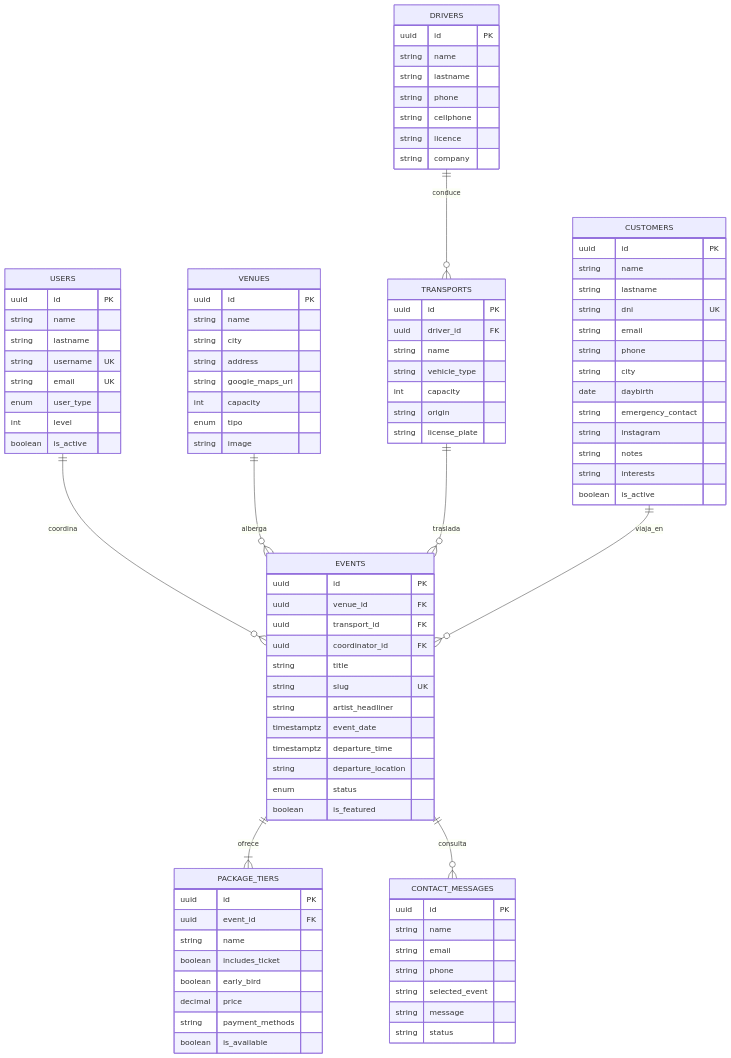
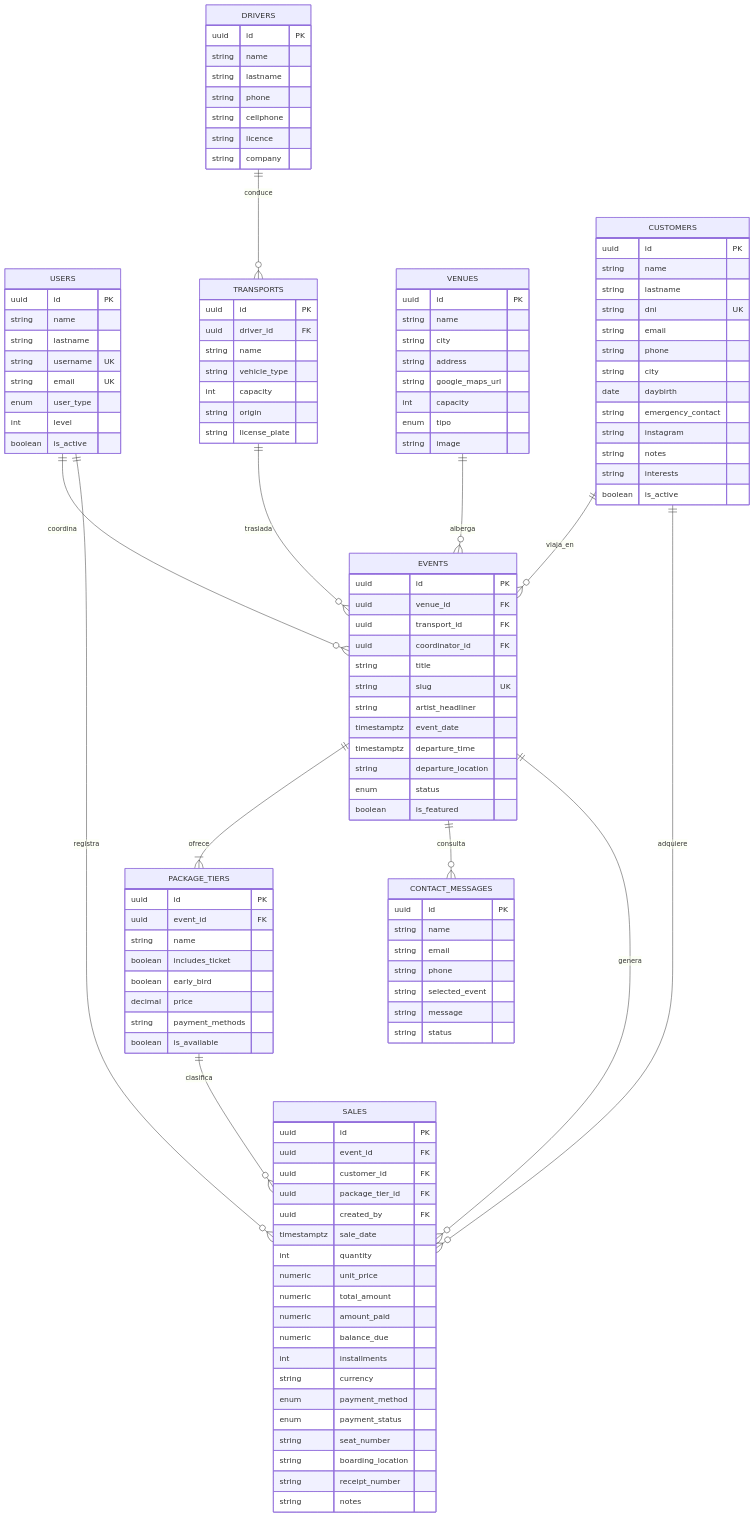
Before and after one commit to giuli9r/event-system: the third of 3 diagrams in ARCHITECTURE.md, drawn with Mermaid. The commit also changed other lines of this file and 10 other files, not shown here.

````diff
--- a/ARCHITECTURE.md
+++ b/ARCHITECTURE.md
@@ -286,6 +287,10 @@
     EVENTS ||--|{ PACKAGE_TIERS : ofrece
     EVENTS ||--o{ CONTACT_MESSAGES : consulta
     CUSTOMERS ||--o{ EVENTS : viaja_en
+    EVENTS ||--o{ SALES : genera
+    CUSTOMERS ||--o{ SALES : adquiere
+    PACKAGE_TIERS ||--o{ SALES : clasifica
+    USERS ||--o{ SALES : registra
 
     USERS {
         uuid id PK
@@ -380,4 +385,26 @@
         string message
         string status
     }
+
+    SALES {
+        uuid id PK
+        uuid event_id FK
+        uuid customer_id FK
+        uuid package_tier_id FK
+        uuid created_by FK
+        timestamptz sale_date
+        int quantity
+        numeric unit_price
+        numeric total_amount
+        numeric amount_paid
+        numeric balance_due
+        int installments
+        string currency
+        enum payment_method
+        enum payment_status
+        string seat_number
+        string boarding_location
+        string receipt_number
+        string notes
+    }
 ```
````
